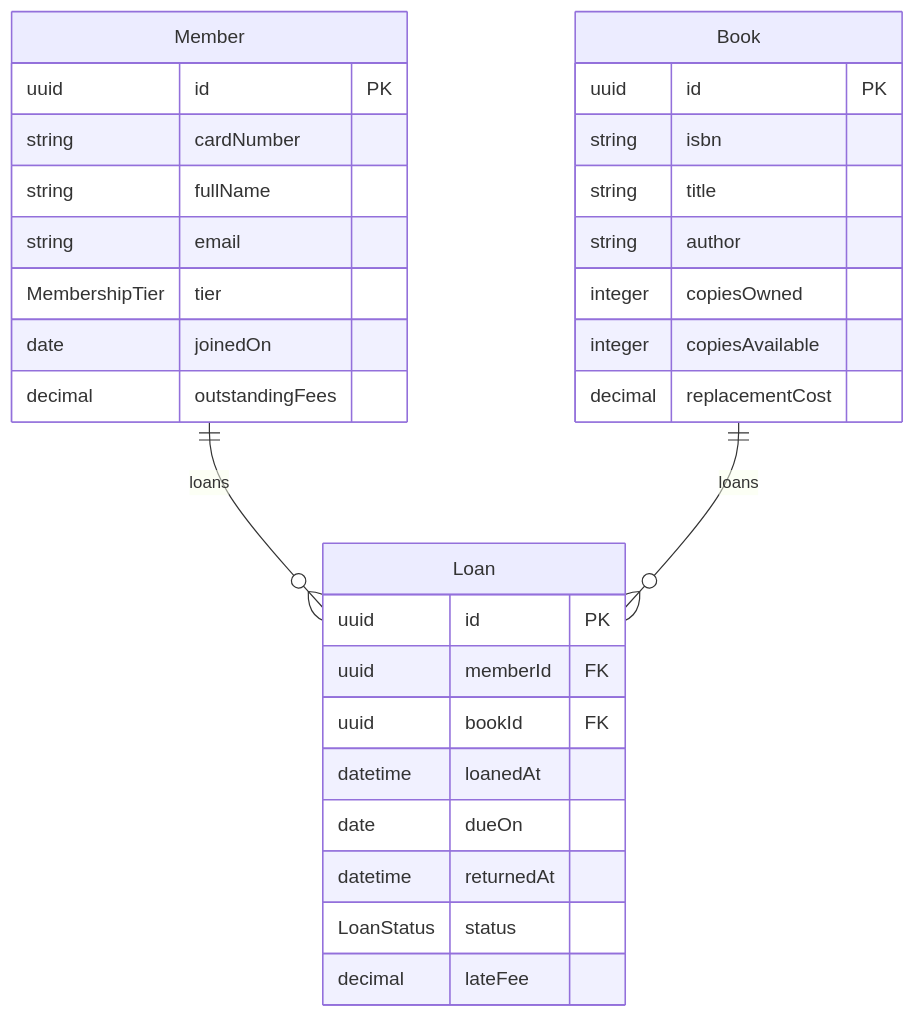
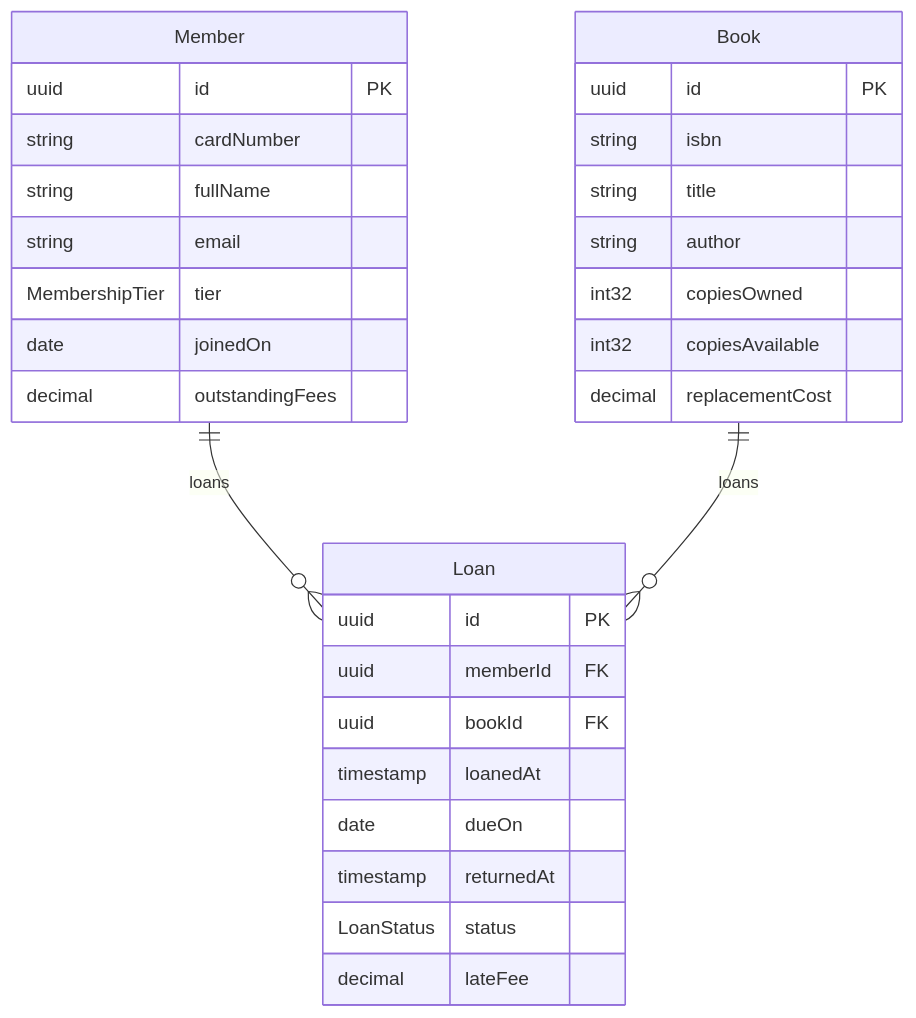
Before and after one commit to SpecArch/specarch: the second of 4 diagrams in examples/library-lending/library-lending.specarch-design.md, drawn with Mermaid. The commit also changed other lines of this file and 79 other files, not shown here.

````diff
--- a/examples/library-lending/library-lending.specarch-design.md
+++ b/examples/library-lending/library-lending.specarch-design.md
@@ -46,33 +47,33 @@
 ```mermaid
 erDiagram
   Member ||--o{ Loan : loans
   Book ||--o{ Loan : loans
   Member {
     uuid id PK
     string cardNumber
     string fullName
     string email
     MembershipTier tier
     date joinedOn
     decimal outstandingFees
   }
   Book {
     uuid id PK
     string isbn
     string title
     string author
-    integer copiesOwned
-    integer copiesAvailable
+    int32 copiesOwned
+    int32 copiesAvailable
     decimal replacementCost
   }
   Loan {
     uuid id PK
     uuid memberId FK
     uuid bookId FK
-    datetime loanedAt
+    timestamp loanedAt
     date dueOn
-    datetime returnedAt
+    timestamp returnedAt
     LoanStatus status
     decimal lateFee
   }
 ```
````
